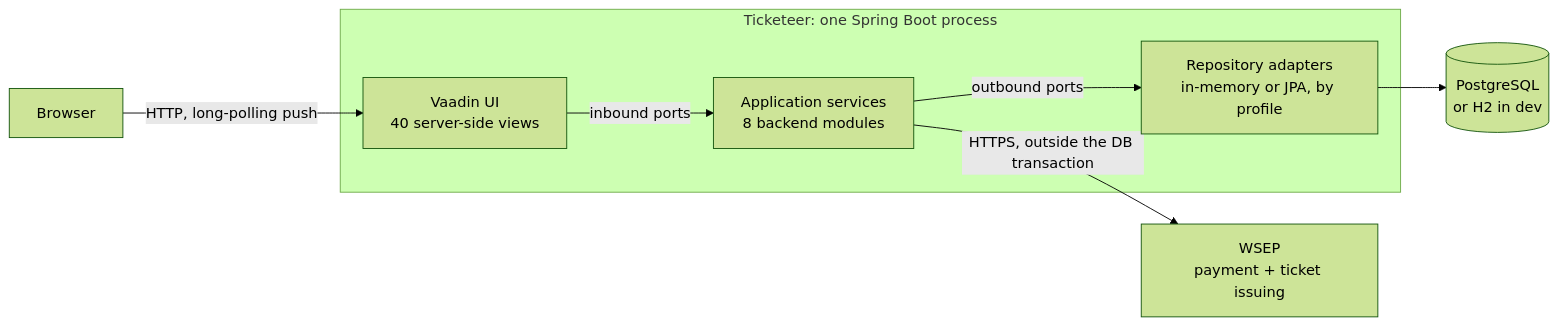
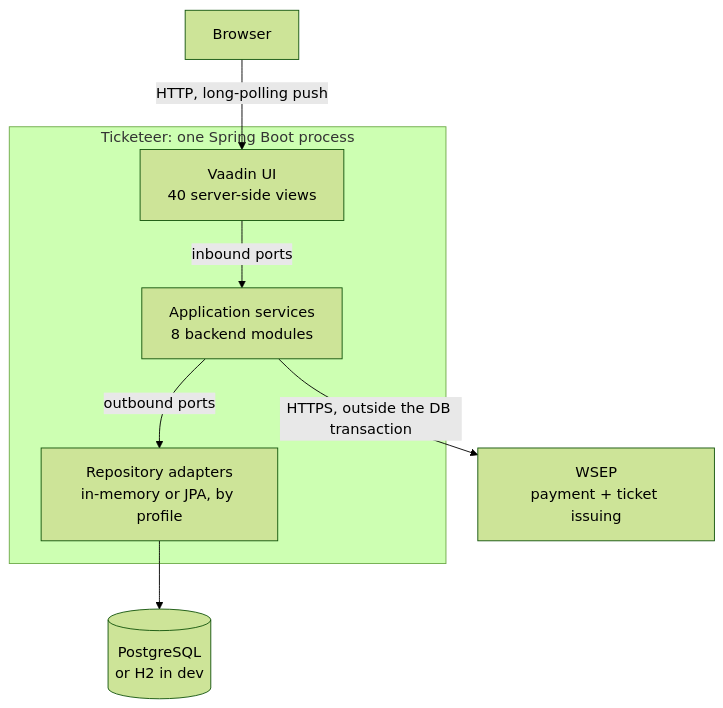
Before and after one commit to NaimElijah/Ticketeer: the first of 2 diagrams in README.md, drawn with Mermaid (forest theme).

Commit message:
docs(readme): lay the container diagram out top-down
Rendered left to right, the diagram is wider than GitHub's Mermaid frame
at common window sizes, and the frame's zoom controls cover the WSEP
node. Top to bottom it fits, and it reads in the order a request
travels.

Refs #157

````diff
--- a/README.md
+++ b/README.md
@@ -23,17 +23,17 @@
 ```mermaid
-flowchart LR
+flowchart TB
     browser["Browser"]
     subgraph jvm["Ticketeer: one Spring Boot process"]
         ui["Vaadin UI<br/>40 server-side views"]
         app["Application services<br/>8 backend modules"]
         repos["Repository adapters<br/>in-memory or JPA, by profile"]
     end
     db[("PostgreSQL<br/>or H2 in dev")]
     wsep["WSEP<br/>payment + ticket issuing"]
 
     browser -->|"HTTP, long-polling push"| ui
     ui -->|"inbound ports"| app
     app -->|"outbound ports"| repos
     repos --> db
     app -->|"HTTPS, outside the DB transaction"| wsep
 ```
````
